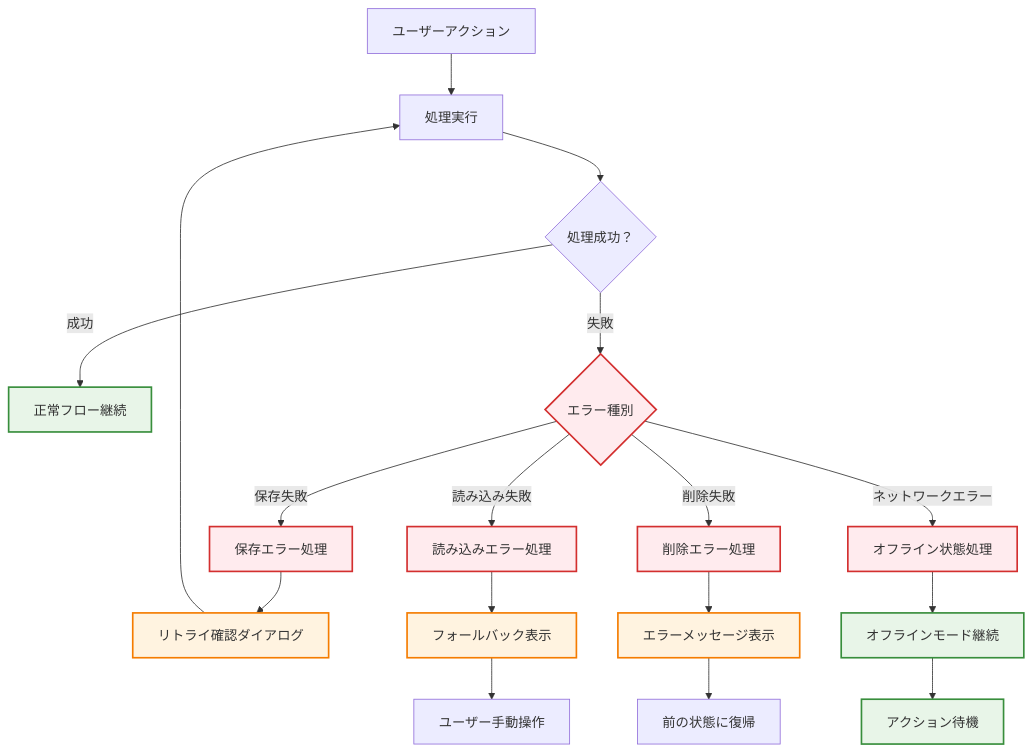
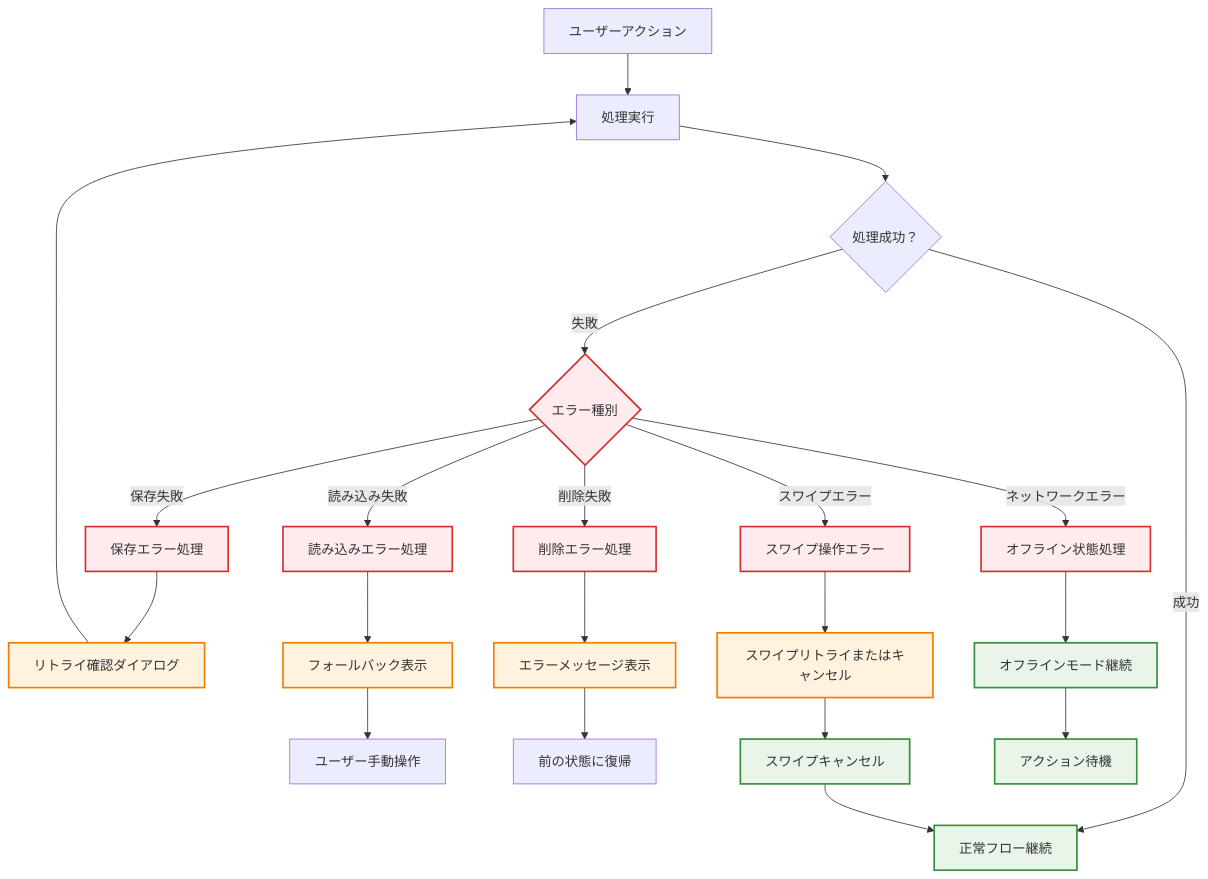
The sixth of 7 diagrams in screenFlow.md (KajiyaManzou/ai-MyNotes), drawn with Mermaid before and after one commit. The commit also changed other lines of this file and 4 other files, not shown here.

````diff
--- a/screenFlow.md
+++ b/screenFlow.md
@@ -213,31 +204,35 @@
 ```mermaid
 graph TD
     Action[ユーザーアクション] --> Process[処理実行]
     Process --> Success{処理成功？}
     
     Success -->|成功| NormalFlow[正常フロー継続]
     Success -->|失敗| ErrorType{エラー種別}
     
     ErrorType -->|保存失敗| SaveError[保存エラー処理]
     ErrorType -->|読み込み失敗| LoadError[読み込みエラー処理]
     ErrorType -->|削除失敗| DeleteError[削除エラー処理]
+    ErrorType -->|スワイプエラー| SwipeError[スワイプ操作エラー]
     ErrorType -->|ネットワークエラー| NetworkError[オフライン状態処理]
     
     SaveError --> RetryDialog[リトライ確認ダイアログ]
     LoadError --> FallbackDisplay[フォールバック表示]
     DeleteError --> ErrorMessage[エラーメッセージ表示]
+    SwipeError --> SwipeRetry[スワイプリトライまたはキャンセル]
     NetworkError --> OfflineMode[オフラインモード継続]
     
     RetryDialog --> Process
     FallbackDisplay --> UserAction[ユーザー手動操作]
     ErrorMessage --> PreviousState[前の状態に復帰]
+    SwipeRetry --> SwipeCancel[スワイプキャンセル]
+    SwipeCancel --> NormalFlow
     OfflineMode --> QueueAction[アクション待機]
     
     classDef error fill:#ffebee,stroke:#d32f2f,stroke-width:2px
     classDef retry fill:#fff3e0,stroke:#f57c00,stroke-width:2px
     classDef normal fill:#e8f5e8,stroke:#388e3c,stroke-width:2px
     
-    class ErrorType,SaveError,LoadError,DeleteError,NetworkError error
-    class RetryDialog,FallbackDisplay,ErrorMessage retry
-    class NormalFlow,OfflineMode,QueueAction normal
+    class ErrorType,SaveError,LoadError,DeleteError,NetworkError,SwipeError error
+    class RetryDialog,FallbackDisplay,ErrorMessage,SwipeRetry retry
+    class NormalFlow,OfflineMode,QueueAction,SwipeCancel normal
 ```
````
